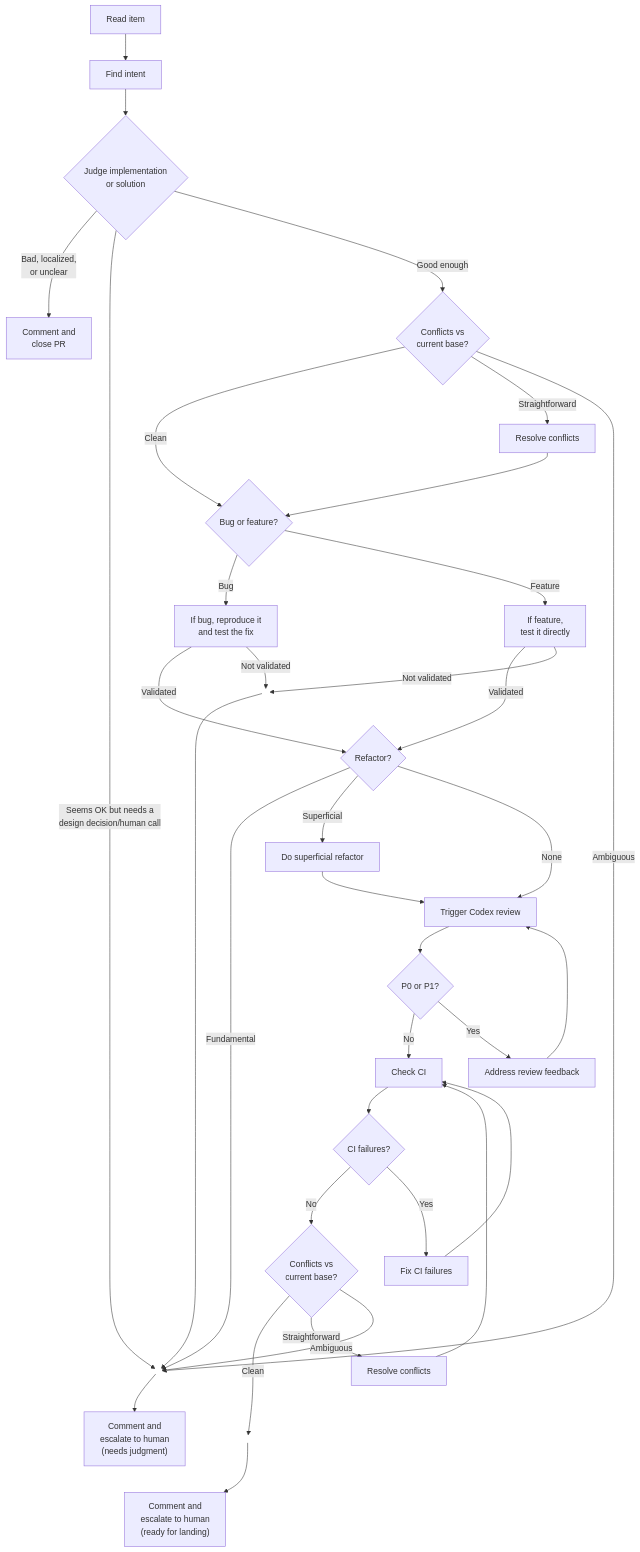
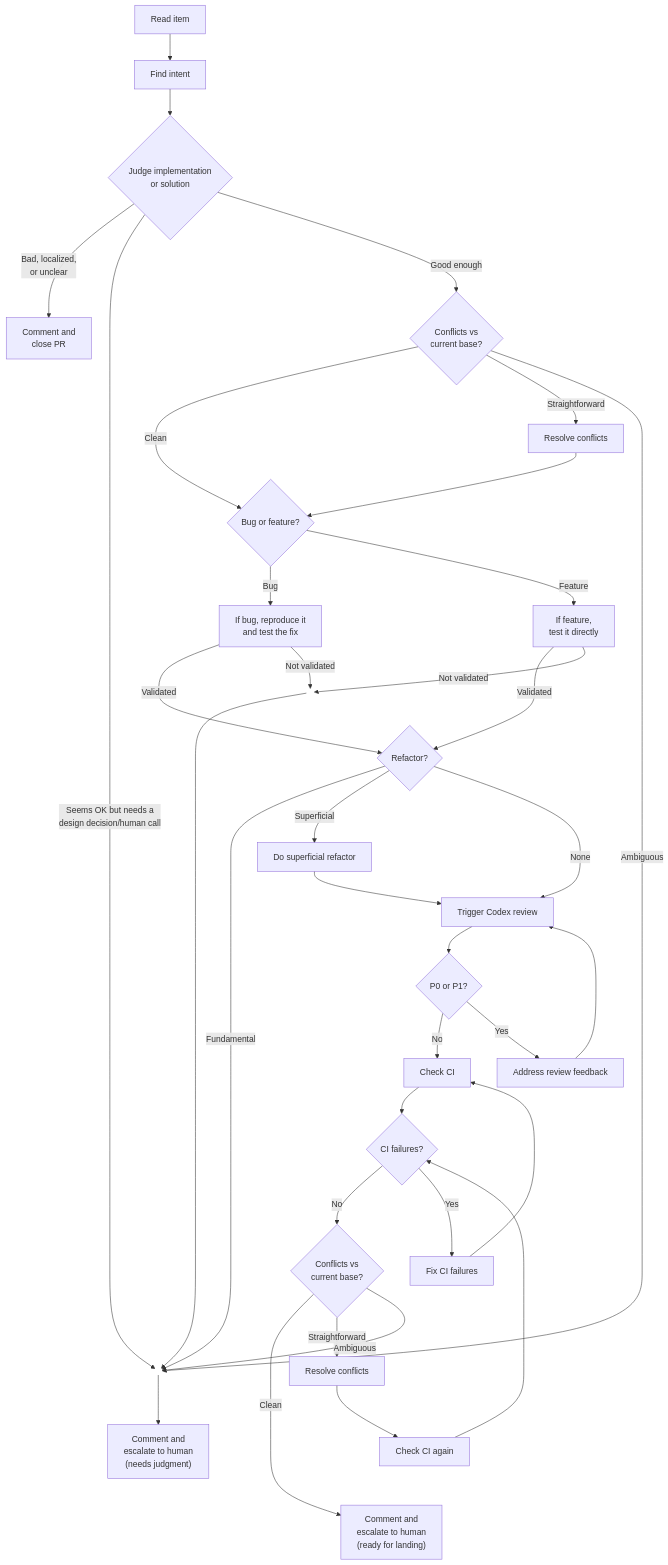
The diagram in examples/flows/pr-triage/README.md (openclaw/acpx), drawn with Mermaid before and after one commit.

Commit message:
docs: simplify late conflict loop in pr triage flow

````diff
--- a/examples/flows/pr-triage/README.md
+++ b/examples/flows/pr-triage/README.md
@@ -5,52 +5,50 @@
 ```mermaid
 flowchart TD
     classDef hidden fill:none,stroke:none,color:none,stroke-width:0px;
     A[Read item] --> B[Find intent]
     B --> C{"Judge implementation<br/>or solution"}
     Y(( ))
-    Z(( ))
-    class Y,Z hidden
+    class Y hidden
 
     C -->|"Bad, localized,<br/>or unclear"| D[Comment and<br/>close PR]
     C -->|"Seems OK but needs a<br/>design decision/human call"| Y
     C -->|Good enough| M{"Conflicts vs<br/>current base?"}
 
     M -->|Clean| V{Bug or feature?}
     M -->|Straightforward| O[Resolve conflicts]
     O --> V
     M -->|Ambiguous| Y
 
     V -->|Bug| P[If bug, reproduce it<br/>and test the fix]
     V -->|Feature| T[If feature,<br/>test it directly]
 
     P -->|Validated| F{Refactor?}
     T -->|Validated| F
     P -->|"Not validated"| X(( ))
     T -->|"Not validated"| X
     X --> Y
     X ~~~ F
     class X hidden
 
     F -->|Fundamental| Y
     F -->|Superficial| R[Do superficial refactor]
     F -->|None| G[Trigger Codex review]
     R --> G
 
     G --> H{P0 or P1?}
     H -->|No| J[Check CI]
     H -->|Yes| I[Address review feedback]
     I --> G
     J --> K{CI failures?}
     K -->|No| Q{"Conflicts vs<br/>current base?"}
     K -->|Yes| L[Fix CI failures]
     L --> J
 
-    Q -->|Clean| Z
+    Q -->|Clean| W["Comment and<br/>escalate to human<br/>(ready for landing)"]
     Q -->|Straightforward| U[Resolve conflicts]
-    U --> J
+    U --> J2[Check CI again]
+    J2 --> K
     Q -->|Ambiguous| Y
     Y --> E["Comment and<br/>escalate to human<br/>(needs judgment)"]
-    Z --> W["Comment and<br/>escalate to human<br/>(ready for landing)"]
-    Y ~~~ Z
-    E ~~~ W
+    J2 ~~~ W
 ```
````
